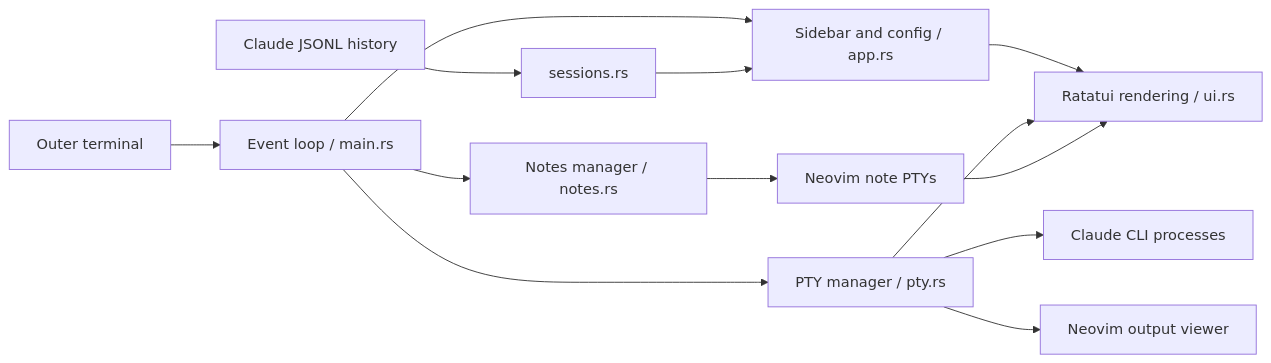
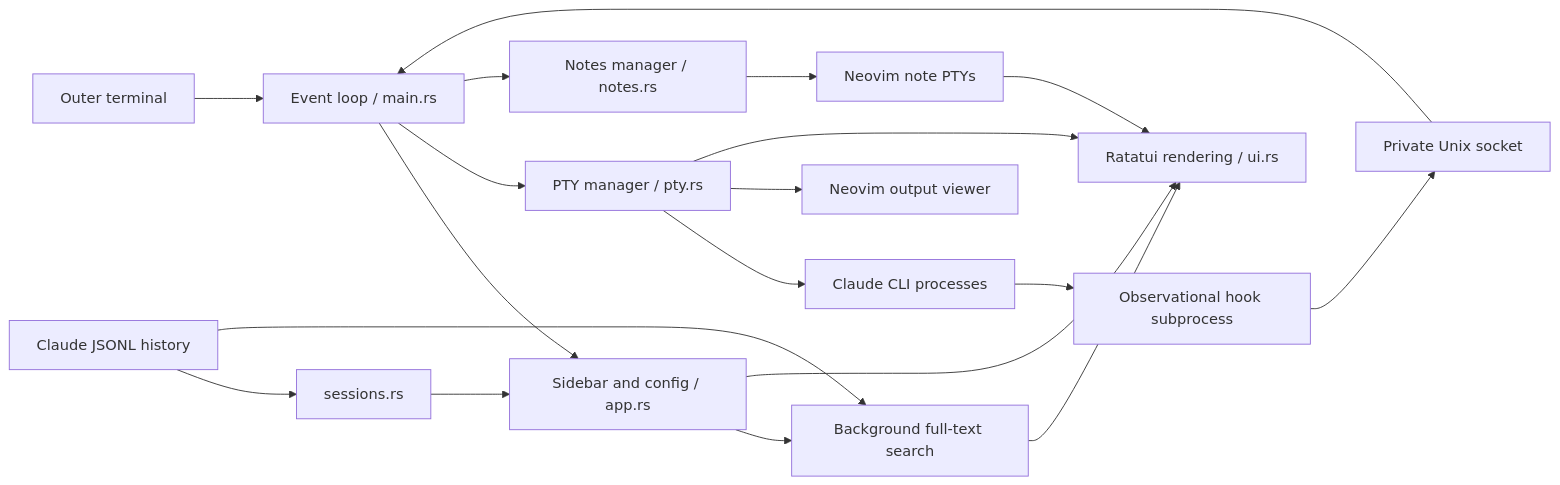
Before and after one commit to andrey-losikhin/claude-code-tui: the diagram in docs/architecture.md, drawn with Mermaid. The commit also changed other lines of this file and 22 other files, not shown here.

````diff
--- a/docs/architecture.md
+++ b/docs/architecture.md
@@ -6,15 +6,21 @@
 ```mermaid
 flowchart LR
   T[Outer terminal] --> E[Event loop / main.rs]
   E --> A[Sidebar and config / app.rs]
   E --> P[PTY manager / pty.rs]
   P --> C[Claude CLI processes]
+  C --> O[Observational hook subprocess]
+  O --> U[Private Unix socket]
+  U --> E
   P --> V[Neovim output viewer]
   E --> N[Notes manager / notes.rs]
   N --> P2[Neovim note PTYs]
   H[Claude JSONL history] --> S[sessions.rs]
   S --> A
+  A --> F[Background full-text search]
+  H --> F
+  F --> R
   A --> R[Ratatui rendering / ui.rs]
   P --> R
   P2 --> R
 ```
````
